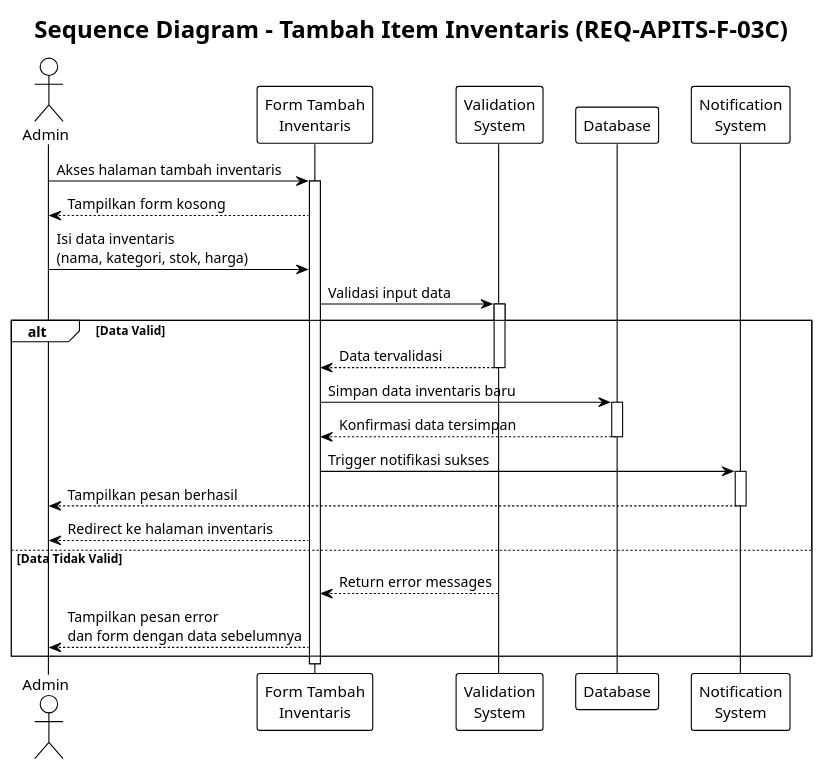
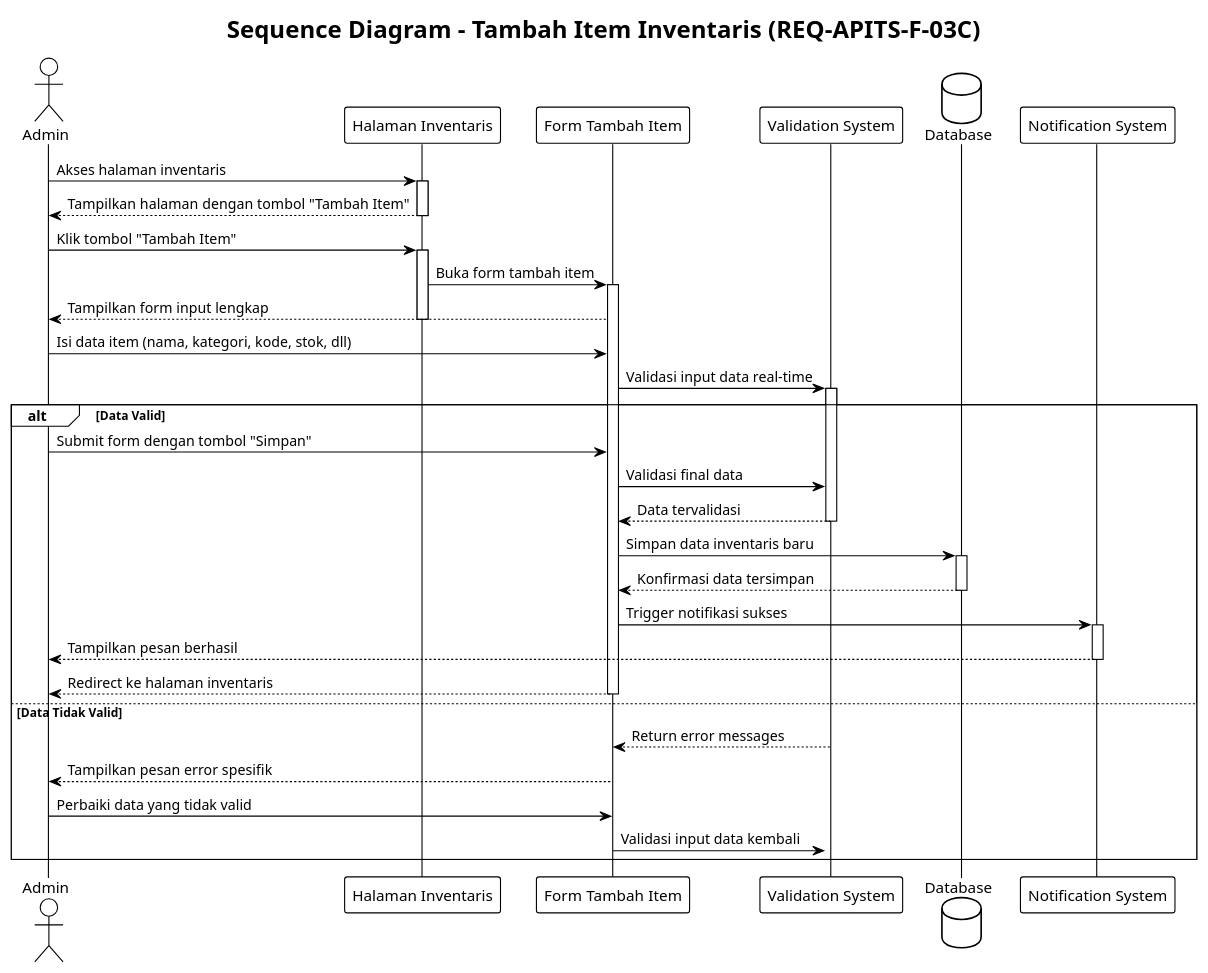
One commit to YugaZ963/kerja-praktik changed the diagram in Sequence_Diagram_Tambah_Item_Inventaris.puml. Above: the diagram before and after it, drawn with PlantUML. The commit also changed 45 other files, not shown here.

```diff
--- a/Sequence_Diagram_Tambah_Item_Inventaris.puml
+++ b/Sequence_Diagram_Tambah_Item_Inventaris.puml
@@ -1,39 +1,52 @@
-@startuml
+@startuml Sequence_Diagram_Tambah_Item_Inventaris
 !theme plain
 title Sequence Diagram - Tambah Item Inventaris (REQ-APITS-F-03C)
 
-actor Admin
-participant "Form Tambah\nInventaris" as Form
-participant "Validation\nSystem" as Validation
-participant "Database" as DB
-participant "Notification\nSystem" as Notif
+actor "Admin" as Admin
+participant "Halaman Inventaris" as Inventaris
+participant "Form Tambah Item" as Form
+participant "Validation System" as Validation
+database "Database" as DB
+participant "Notification System" as Notif
 
-Admin -> Form: Akses halaman tambah inventaris
+Admin -> Inventaris: Akses halaman inventaris
+activate Inventaris
+Inventaris --> Admin: Tampilkan halaman dengan tombol "Tambah Item"
+deactivate Inventaris
+
+Admin -> Inventaris: Klik tombol "Tambah Item"
+activate Inventaris
+Inventaris -> Form: Buka form tambah item
 activate Form
-Form --> Admin: Tampilkan form kosong
+Form --> Admin: Tampilkan form input lengkap
+deactivate Inventaris
 
-Admin -> Form: Isi data inventaris\n(nama, kategori, stok, harga)
-Form -> Validation: Validasi input data
+Admin -> Form: Isi data item (nama, kategori, kode, stok, dll)
+Form -> Validation: Validasi input data real-time
 activate Validation
 
 alt Data Valid
+    Admin -> Form: Submit form dengan tombol "Simpan"
+    Form -> Validation: Validasi final data
     Validation --> Form: Data tervalidasi
     deactivate Validation
     Form -> DB: Simpan data inventaris baru
     activate DB
     DB --> Form: Konfirmasi data tersimpan
     deactivate DB
     Form -> Notif: Trigger notifikasi sukses
     activate Notif
     Notif --> Admin: Tampilkan pesan berhasil
     deactivate Notif
     Form --> Admin: Redirect ke halaman inventaris
+    deactivate Form
 else Data Tidak Valid
     Validation --> Form: Return error messages
     deactivate Validation
-    Form --> Admin: Tampilkan pesan error\ndan form dengan data sebelumnya
+    Form --> Admin: Tampilkan pesan error spesifik
+    Admin -> Form: Perbaiki data yang tidak valid
+    Form -> Validation: Validasi input data kembali
+    activate Validation
 end
 
-deactivate Form
-
 @enduml
```
